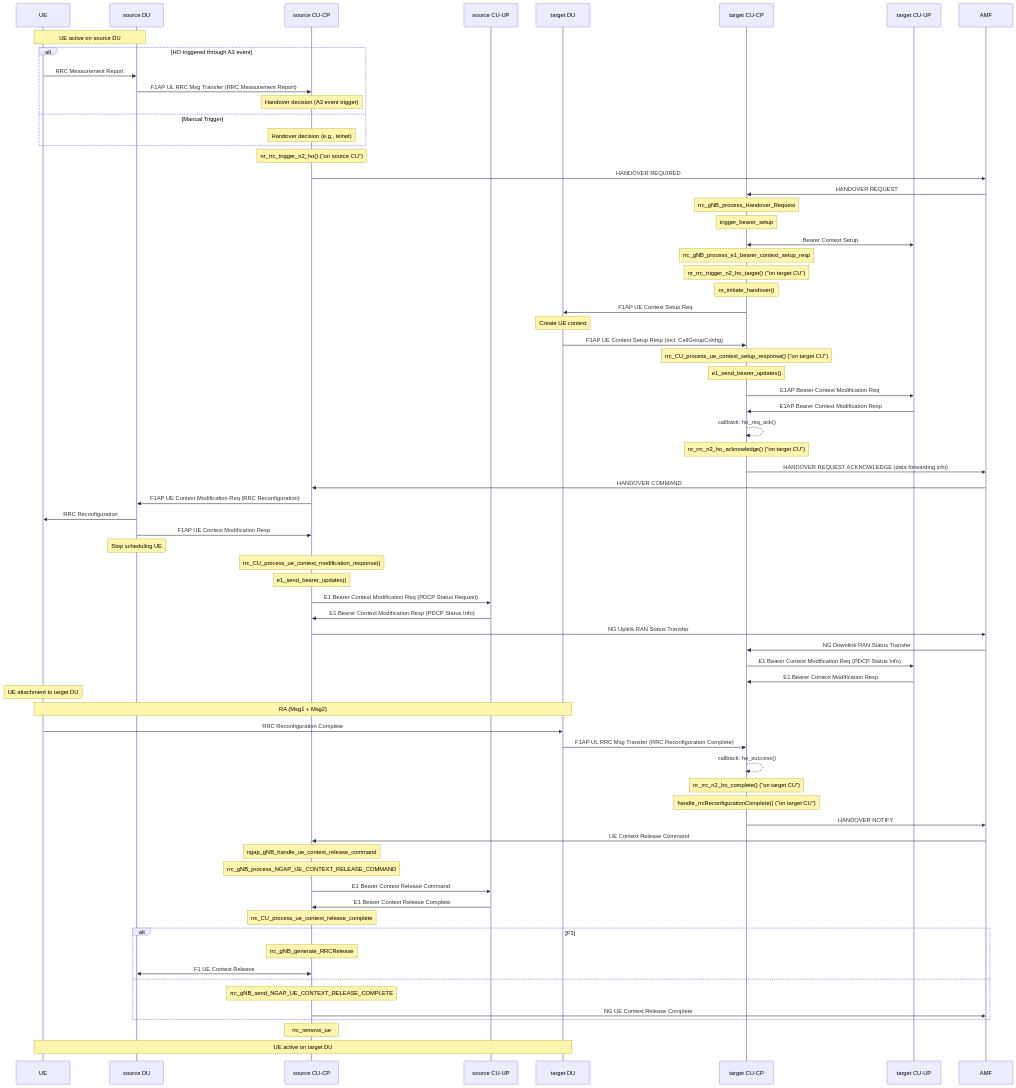
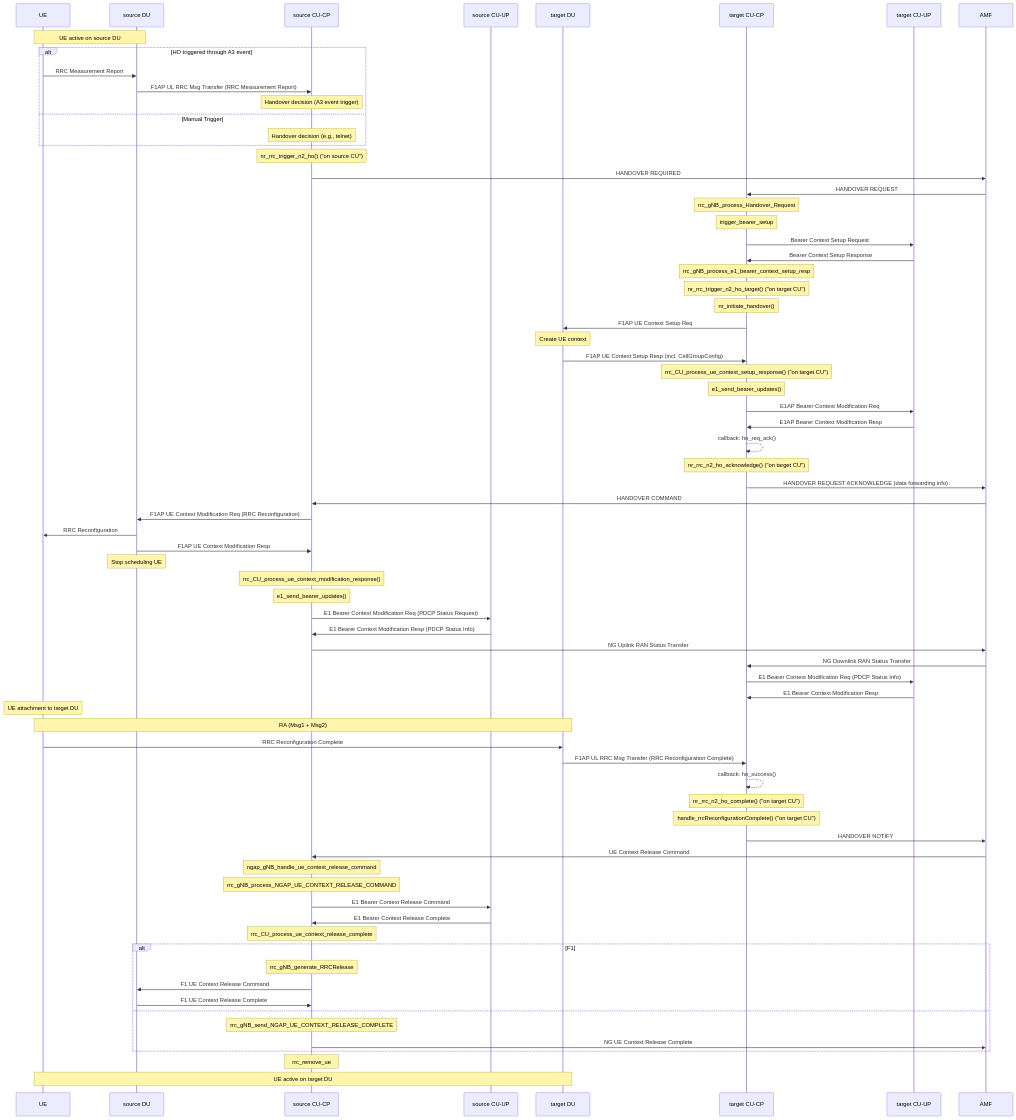
One commit to turkeryilmaz/openairinterface5g changed the seventh of 7 diagrams in doc/RRC/rrc-dev.md. Above: the diagram before and after it, drawn with Mermaid.

Commit message:
fixup! Add N2 handover documentation

````diff
--- a/doc/RRC/rrc-dev.md
+++ b/doc/RRC/rrc-dev.md
@@ -283,75 +283,77 @@
 ```mermaid
 sequenceDiagram
   participant ue as UE
   participant sdu as source DU
   participant scucp as source CU-CP
   participant scuup as source CU-UP
   participant tdu as target DU
   participant tcucp as target CU-CP
   participant tcuup as target CU-UP
   participant amf as AMF
 
   Note over ue,sdu: UE active on source DU
   alt HO triggered through A3 event
     ue->>sdu: RRC Measurement Report
     sdu->>scucp: F1AP UL RRC Msg Transfer (RRC Measurement Report)
     Note over scucp: Handover decision (A3 event trigger)
   else Manual Trigger
     Note over scucp: Handover decision (e.g., telnet)
   end
   Note over scucp: nr_rrc_trigger_n2_ho() ("on source CU")
   scucp->>amf: HANDOVER REQUIRED
   amf->>tcucp: HANDOVER REQUEST
   Note over tcucp: rrc_gNB_process_Handover_Request
   Note over tcucp: trigger_bearer_setup
-  tcucp<<->>tcuup: Bearer Context Setup
+  tcucp->>tcuup: Bearer Context Setup Request
+  tcuup->>tcucp: Bearer Context Setup Response
   Note over tcucp: rrc_gNB_process_e1_bearer_context_setup_resp
   Note over tcucp: nr_rrc_trigger_n2_ho_target() ("on target CU")
   Note over tcucp: nr_initiate_handover()
   tcucp->>tdu: F1AP UE Context Setup Req
   Note over tdu: Create UE context
   tdu->>tcucp: F1AP UE Context Setup Resp (incl. CellGroupConfig)
   Note over tcucp: rrc_CU_process_ue_context_setup_response() ("on target CU")
   Note over tcucp: e1_send_bearer_updates()
   tcucp->>tcuup: E1AP Bearer Context Modification Req
   tcuup->>tcucp: E1AP Bearer Context Modification Resp
   tcucp-->>tcucp: callback: ho_req_ack()
   Note over tcucp: nr_rrc_n2_ho_acknowledge() ("on target CU")
   tcucp->>amf: HANDOVER REQUEST ACKNOWLEDGE (data forwarding info)
   amf->>scucp: HANDOVER COMMAND
   scucp->>sdu: F1AP UE Context Modification Req (RRC Reconfiguration)
   sdu->>ue: RRC Reconfiguration
   sdu->>scucp: F1AP UE Context Modification Resp
   Note over sdu: Stop scheduling UE
   Note over scucp: rrc_CU_process_ue_context_modification_response()
   Note over scucp: e1_send_bearer_updates()
   scucp->>scuup: E1 Bearer Context Modification Req (PDCP Status Request)
   scuup->>scucp: E1 Bearer Context Modification Resp (PDCP Status Info)
   scucp->>amf: NG Uplink RAN Status Transfer
   amf->>tcucp: NG Downlink RAN Status Transfer
   tcucp->>tcuup: E1 Bearer Context Modification Req (PDCP Status Info)
   tcuup->>tcucp: E1 Bearer Context Modification Resp
   Note over ue: UE attachment to target DU
   Note over ue,tdu: RA (Msg1 + Msg2)
   ue->>tdu: RRC Reconfiguration Complete
   tdu->>tcucp: F1AP UL RRC Msg Transfer (RRC Reconfiguration Complete)
   tcucp-->>tcucp: callback: ho_success()
   Note over tcucp: nr_rrc_n2_ho_complete() ("on target CU")
   Note over tcucp: handle_rrcReconfigurationComplete() ("on target CU")
   tcucp->>amf: HANDOVER NOTIFY
   amf->>scucp: UE Context Release Command
   note over scucp: ngap_gNB_handle_ue_context_release_command
   note over scucp: rrc_gNB_process_NGAP_UE_CONTEXT_RELEASE_COMMAND
   scucp->>scuup: E1 Bearer Context Release Command
   scuup->>scucp: E1 Bearer Context Release Complete
   note over scucp: rrc_CU_process_ue_context_release_complete
   alt F1
     Note over scucp: rrc_gNB_generate_RRCRelease
-    scucp<<->>sdu: F1 UE Context Release
+    scucp->>sdu: F1 UE Context Release Command
+    sdu->>scucp: F1 UE Context Release Complete
   else
     note over scucp: rrc_gNB_send_NGAP_UE_CONTEXT_RELEASE_COMPLETE
     scucp->>amf: NG UE Context Release Complete
   end
   note over scucp: rrc_remove_ue
   Note over ue,tdu: UE active on target DU
 ```
````
